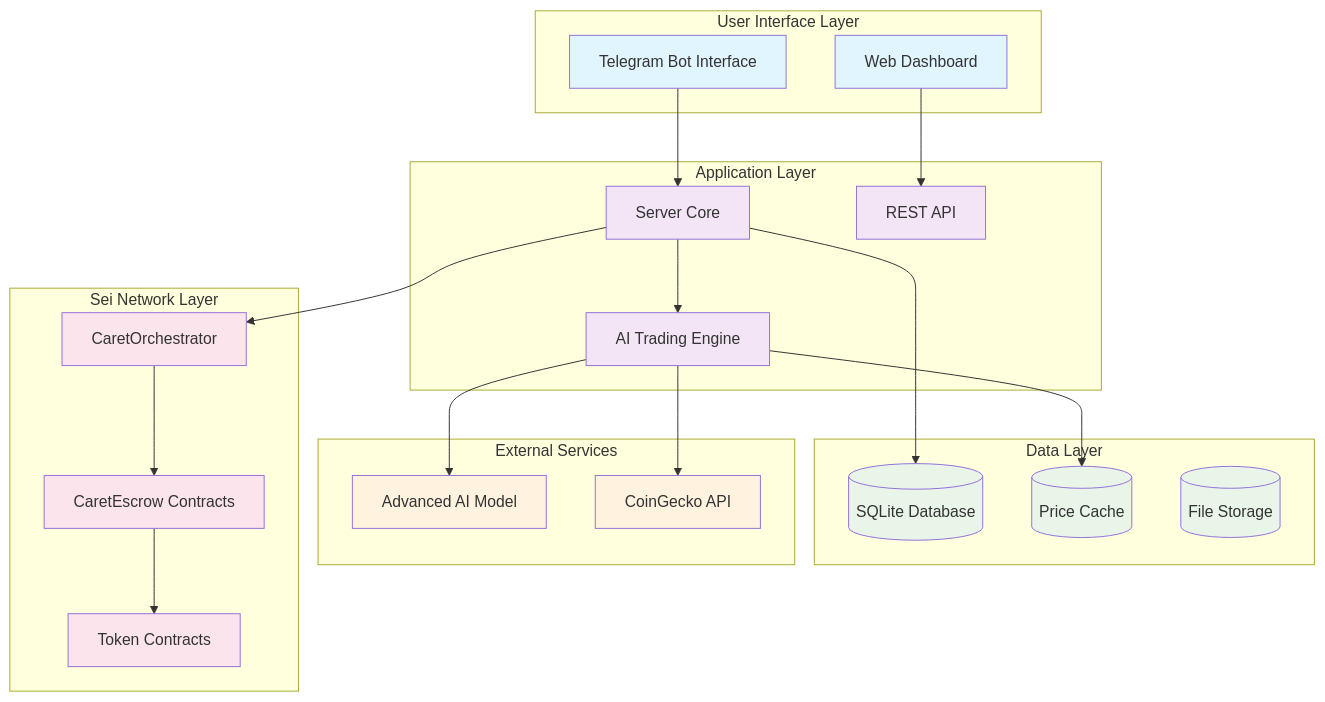
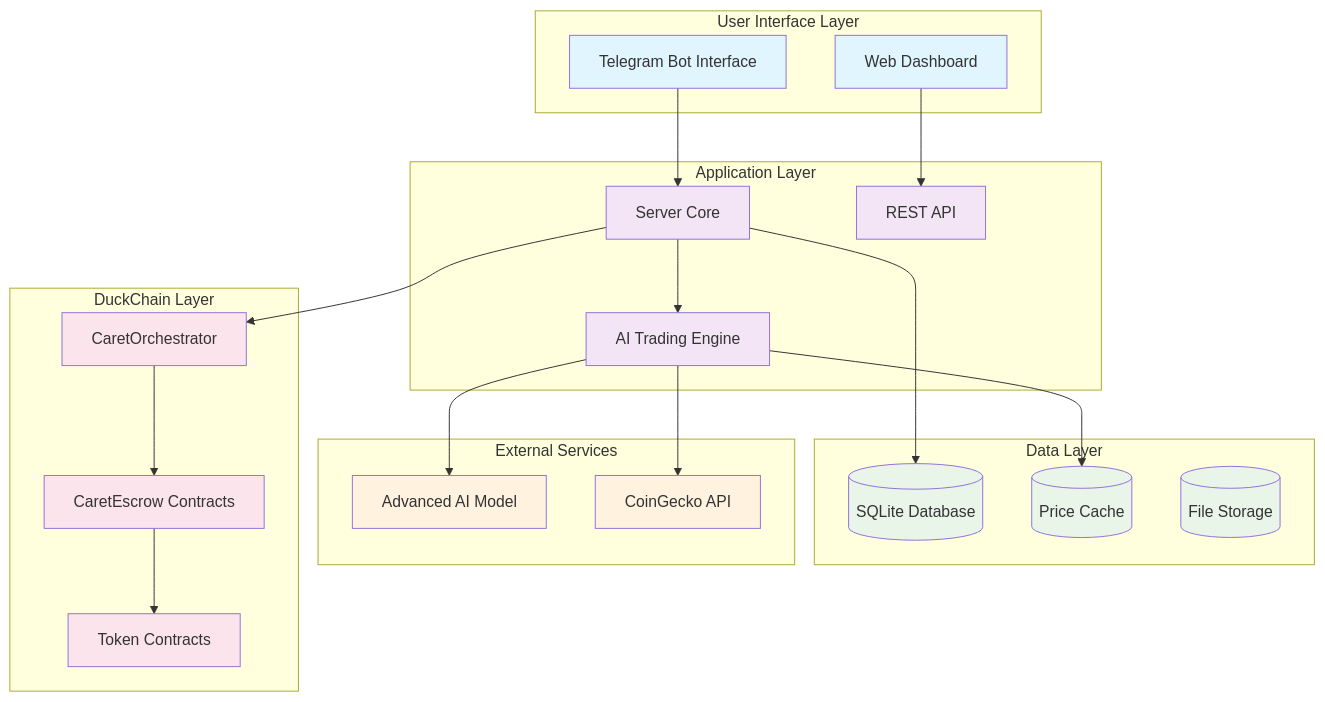
The diagram in src/client/public/docs/guide/architecture/overview.md (3ickleonerd/sei-trader), drawn with Mermaid before and after one commit. The commit also changed other lines of this file and 11 other files, not shown here.

````diff
--- a/src/client/public/docs/guide/architecture/overview.md
+++ b/src/client/public/docs/guide/architecture/overview.md
@@ -7,53 +7,53 @@
 ```mermaid
 graph TB
     subgraph "User Interface Layer"
         TG[Telegram Bot Interface]
         WEB[Web Dashboard]
     end
     
     subgraph "Application Layer"
         SERVER[Server Core]
         API[REST API]
         BOT[AI Trading Engine]
     end
     
     subgraph "Data Layer"
         DB[(SQLite Database)]
         CACHE[(Price Cache)]
         FILES[(File Storage)]
     end
     
     subgraph "External Services"
         AI_MODEL[Advanced AI Model]
         COINGECKO[CoinGecko API]
     end
     
-    subgraph "Sei Network Layer"
+    subgraph "DuckChain Layer"
         ORCH[CaretOrchestrator]
         ESC[CaretEscrow Contracts]
         TOKENS[Token Contracts]
     end
     
     TG --> SERVER
     WEB --> API
     SERVER --> BOT
     SERVER --> DB
     BOT --> CACHE
     BOT --> AI_MODEL
     BOT --> COINGECKO
     SERVER --> ORCH
     ORCH --> ESC
     ESC --> TOKENS
     
     classDef interface fill:#e1f5fe
     classDef application fill:#f3e5f5
     classDef data fill:#e8f5e8
     classDef external fill:#fff3e0
     classDef blockchain fill:#fce4ec
     
     class TG,WEB interface
     class SERVER,API,BOT application
     class DB,CACHE,FILES data
     class AI_MODEL,COINGECKO external
     class ORCH,ESC,TOKENS blockchain
 ```
````
